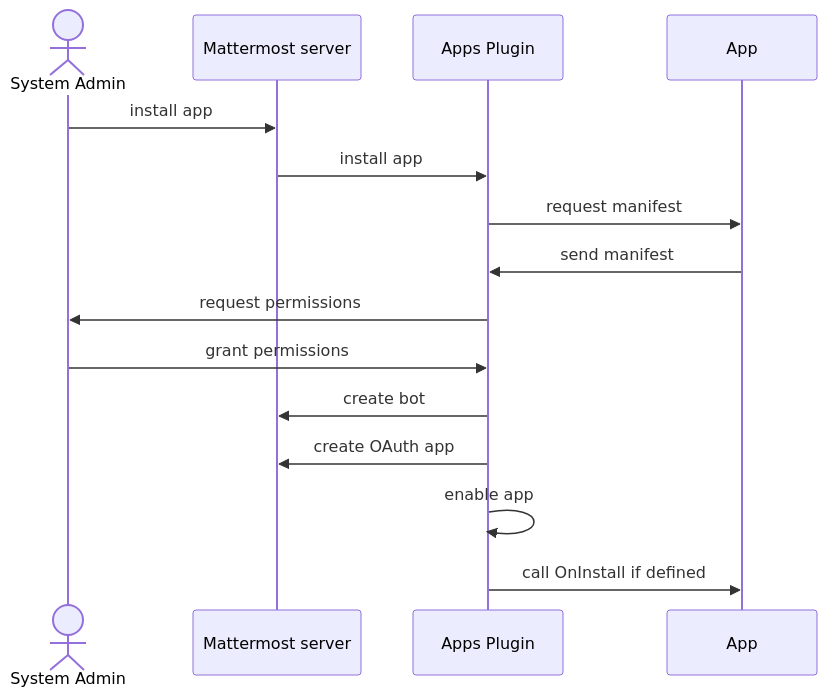
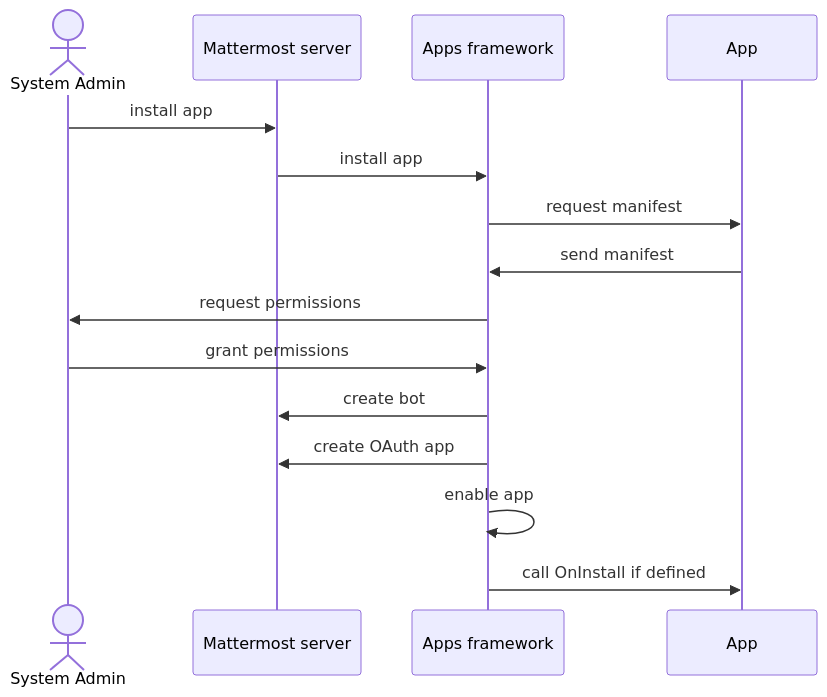
One commit to mattermost/mattermost-developer-documentation changed the first of 2 diagrams in site/content/integrate/apps/lifecycle/_index.md. Above: the diagram before and after it, drawn with Mermaid. The commit also changed other lines of this file, not shown here.

Commit message:
Implement suggestions from PR review (pt.3)

```diff
--- a/site/content/integrate/apps/lifecycle/_index.md
+++ b/site/content/integrate/apps/lifecycle/_index.md
@@ -17,14 +17,14 @@
 {{<mermaid>}}
 sequenceDiagram
     actor System Admin
     System Admin->>Mattermost server: install app
-    Mattermost server->>Apps Plugin: install app
-    Apps Plugin->>App: request manifest
-    App->>Apps Plugin: send manifest
-    Apps Plugin->>System Admin: request permissions
-    System Admin->>Apps Plugin: grant permissions
-    Apps Plugin->>Mattermost server: create bot
-    Apps Plugin->>Mattermost server: create OAuth app
-    Apps Plugin->>Apps Plugin: enable app
-    Apps Plugin->>App: call OnInstall if defined
+    Mattermost server->>Apps framework: install app
+    Apps framework->>App: request manifest
+    App->>Apps framework: send manifest
+    Apps framework->>System Admin: request permissions
+    System Admin->>Apps framework: grant permissions
+    Apps framework->>Mattermost server: create bot
+    Apps framework->>Mattermost server: create OAuth app
+    Apps framework->>Apps framework: enable app
+    Apps framework->>App: call OnInstall if defined
 {{</mermaid>}}
```
